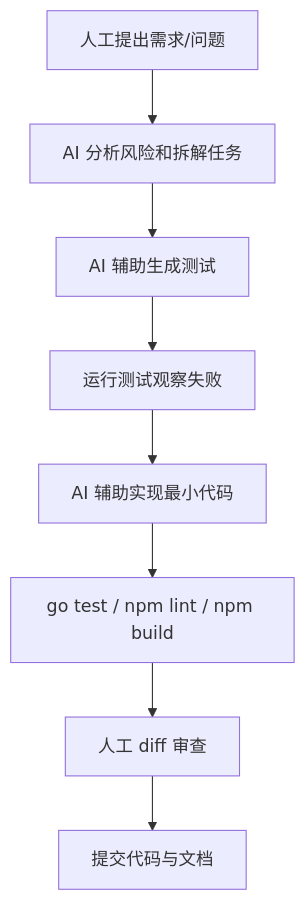
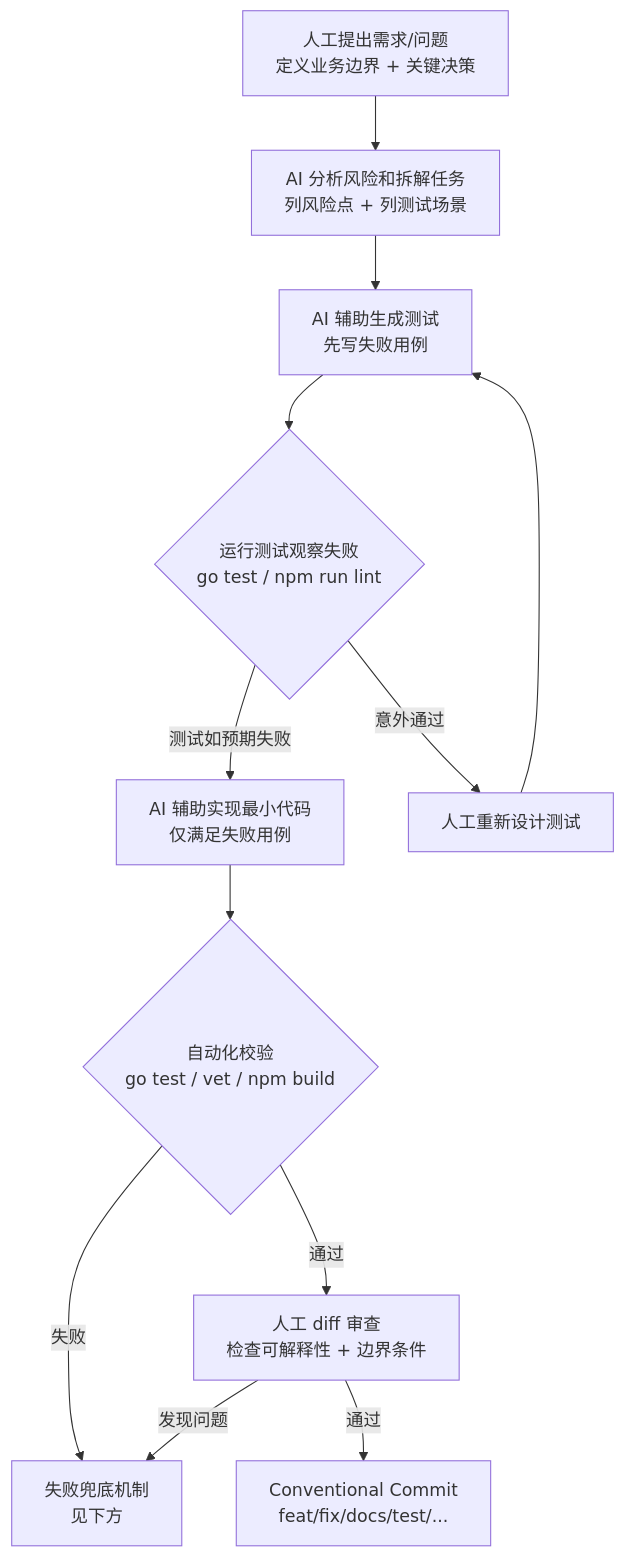
The diagram in 成果演示DEMO.md (wangxz01/auction-system-douyin), drawn with Mermaid before and after one commit. The commit also changed other lines of this file and 2 other files, not shown here.

First line of the commit message:
docs: 完善成果演示 DEMO + 新增系统架构图

````diff
--- a/成果演示DEMO.md
+++ b/成果演示DEMO.md
@@ -275,10 +359,13 @@
 ```mermaid
 flowchart TD
-  R[人工提出需求/问题] --> A[AI 分析风险和拆解任务]
-  A --> T[AI 辅助生成测试]
-  T --> F[运行测试观察失败]
-  F --> I[AI 辅助实现最小代码]
-  I --> V[go test / npm lint / npm build]
-  V --> D[人工 diff 审查]
-  D --> C[提交代码与文档]
+  R[人工提出需求/问题<br/>定义业务边界 + 关键决策] --> A[AI 分析风险和拆解任务<br/>列风险点 + 列测试场景]
+  A --> T[AI 辅助生成测试<br/>先写失败用例]
+  T --> F{运行测试观察失败<br/>go test / npm run lint}
+  F -->|测试如预期失败| I[AI 辅助实现最小代码<br/>仅满足失败用例]
+  F -->|意外通过| RR[人工重新设计测试] --> T
+  I --> V{自动化校验<br/>go test / vet / npm build}
+  V -->|失败| FB[失败兜底机制<br/>见下方]
+  V -->|通过| D[人工 diff 审查<br/>检查可解释性 + 边界条件]
+  D -->|发现问题| FB
+  D -->|通过| C[Conventional Commit<br/>feat/fix/docs/test/...]
 ```
````
